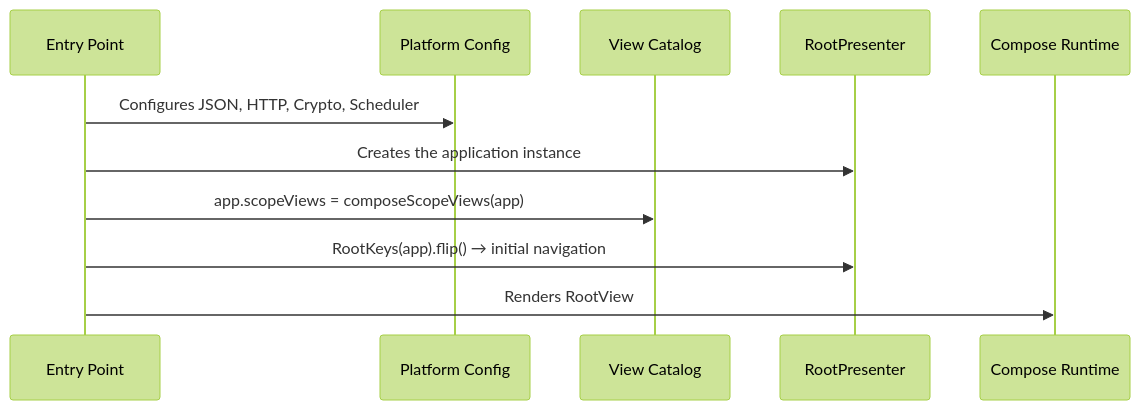
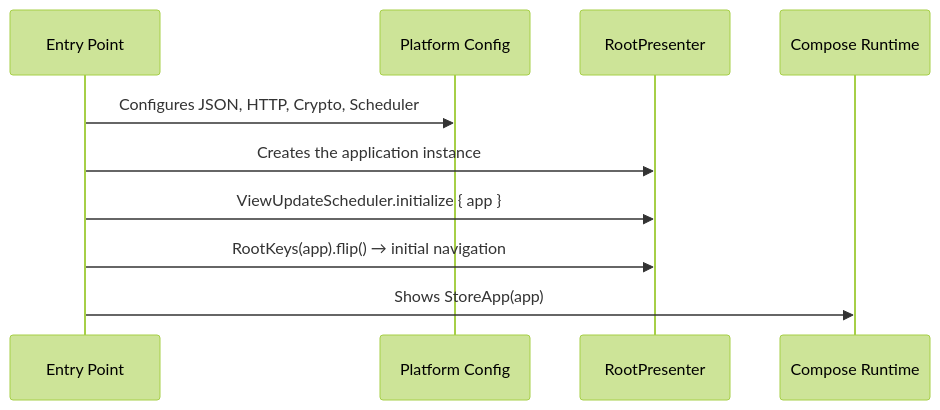
One commit to mrcdom/wdc-cube-kotlin changed the seventh of 9 diagrams in docs/architecture-cube-compose.md. Above: the diagram before and after it, drawn with Mermaid (forest theme). The commit also changed other lines of this file and 9 other files, not shown here.

Commit message:
docs: views as functions of the scope, and the layer's registry

````diff
--- a/docs/architecture-cube-compose.md
+++ b/docs/architecture-cube-compose.md
@@ -414,14 +385,13 @@
 ```mermaid
 sequenceDiagram
     participant Main as Entry Point
     participant Plat as Platform Config
-    participant Factories as View Catalog
     participant App as RootPresenter
     participant Compose as Compose Runtime
 
     Main->>Plat: Configures JSON, HTTP, Crypto, Scheduler
     Main->>App: Creates the application instance
-    Main->>Factories: app.scopeViews = composeScopeViews(app)
+    Main->>App: ViewUpdateScheduler.initialize { app }
     Main->>App: RootKeys(app).flip() → initial navigation
-    Main->>Compose: Renders RootView
+    Main->>Compose: Shows StoreApp(app)
 ```
````
